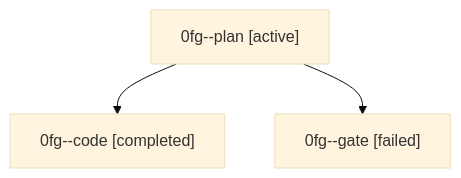
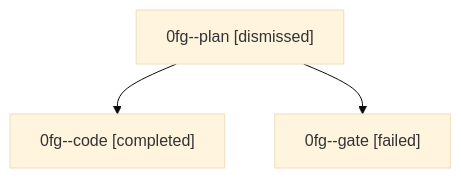
Before and after one commit to bobs-org/bob-cli--agents: the diagram in sessions/bbugyi200.athena.0fg.md, drawn with Mermaid (base theme). The commit also changed other lines of this file and 34 other files, not shown here.

````diff
--- a/sessions/bbugyi200.athena.0fg.md
+++ b/sessions/bbugyi200.athena.0fg.md
@@ -9,8 +9,8 @@
 ```mermaid
 flowchart TD
-  n0["0fg--plan [active]"]
+  n0["0fg--plan [dismissed]"]
   n1["0fg--code [completed]"]
   n0 --> n1
   n2["0fg--gate [failed]"]
   n0 --> n2
 ```
````
